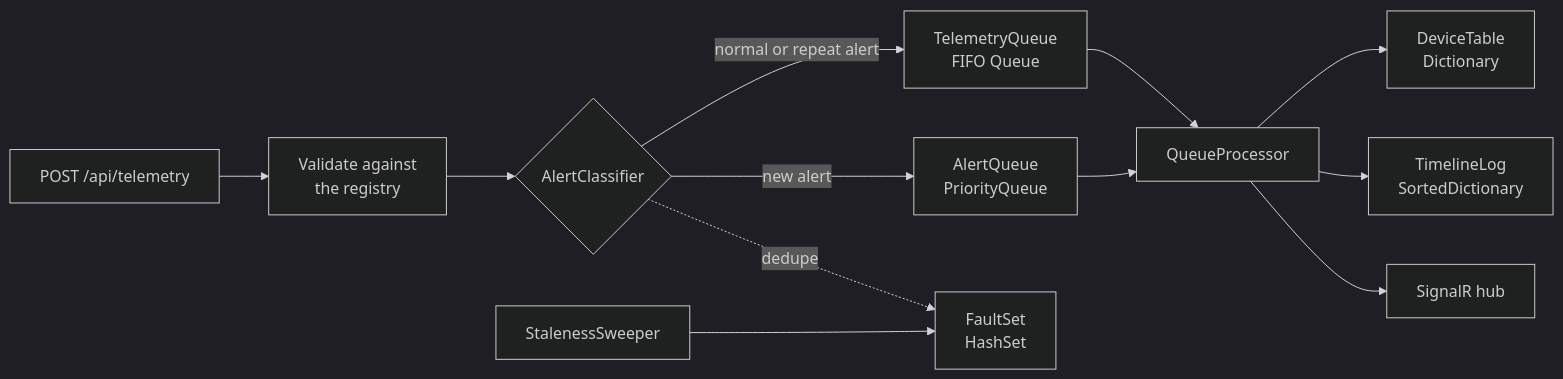
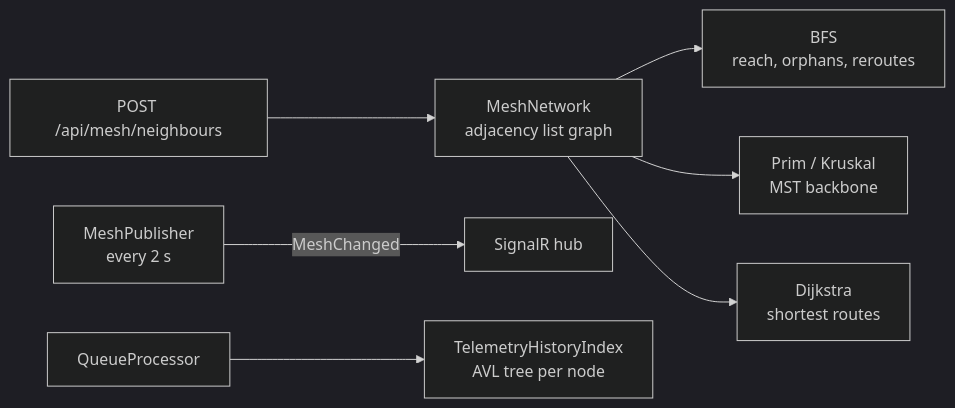
One commit to st10434242/st10434242-prog7312-poe changed the second of 2 diagrams in README.md. Above: the diagram before and after it, drawn with Mermaid (dark theme). The commit also changed other lines of this file and 3 other files, not shown here.

````diff
--- a/README.md
+++ b/README.md
@@ -130,14 +153,9 @@
 ```mermaid
 flowchart LR
-  IN["POST /api/telemetry"] --> V["Validate against<br/>the registry"]
-  V --> C{"AlertClassifier"}
-  C -->|"normal or repeat alert"| Q["TelemetryQueue<br/>FIFO Queue"]
-  C -->|"new alert"| P["AlertQueue<br/>PriorityQueue"]
-  P --> PR["QueueProcessor"]
-  Q --> PR
-  PR --> DT["DeviceTable<br/>Dictionary"]
-  PR --> TL["TimelineLog<br/>SortedDictionary"]
-  PR --> HUB["SignalR hub"]
-  SW["StalenessSweeper"] --> FS["FaultSet<br/>HashSet"]
-  C -.->|"dedupe"| FS
+  NR["POST /api/mesh/neighbours"] --> MN["MeshNetwork<br/>adjacency list graph"]
+  MN --> BFS["BFS<br/>reach, orphans, reroutes"]
+  MN --> PRIM["Prim / Kruskal<br/>MST backbone"]
+  MN --> DIJ["Dijkstra<br/>shortest routes"]
+  PUB["MeshPublisher<br/>every 2 s"] -->|"MeshChanged"| HUB["SignalR hub"]
+  PR["QueueProcessor"] --> AVL["TelemetryHistoryIndex<br/>AVL tree per node"]
 ```
````
